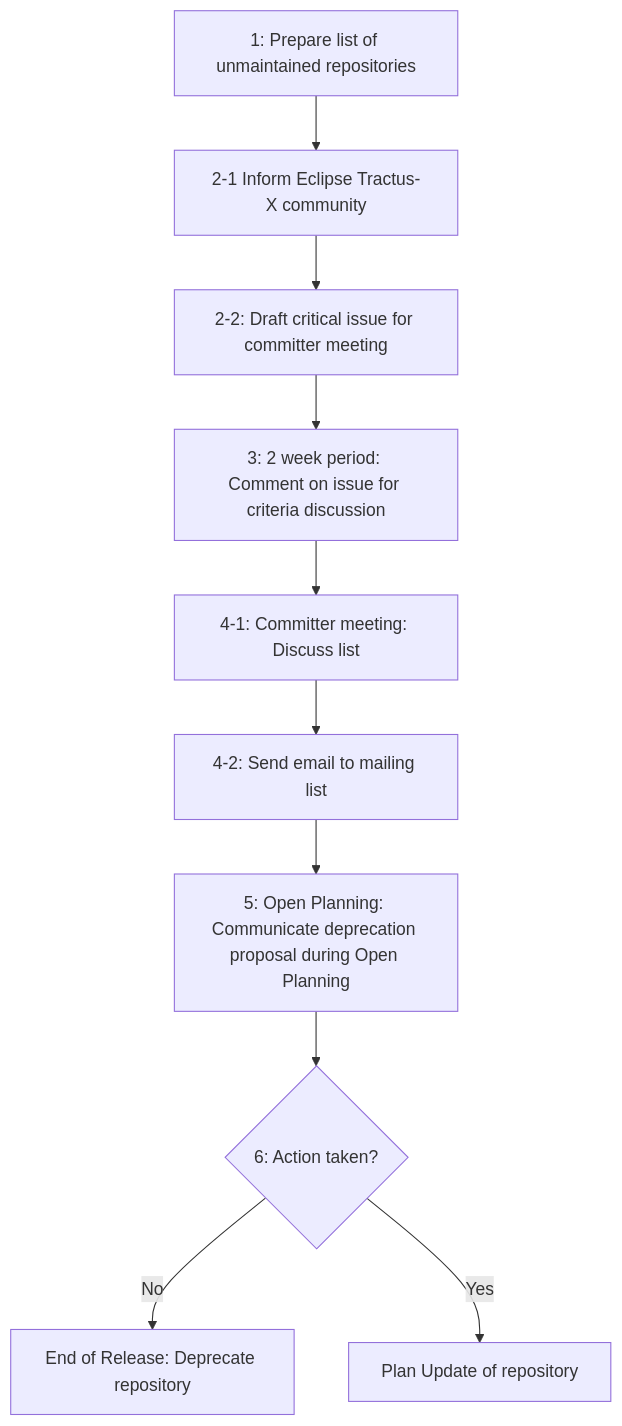
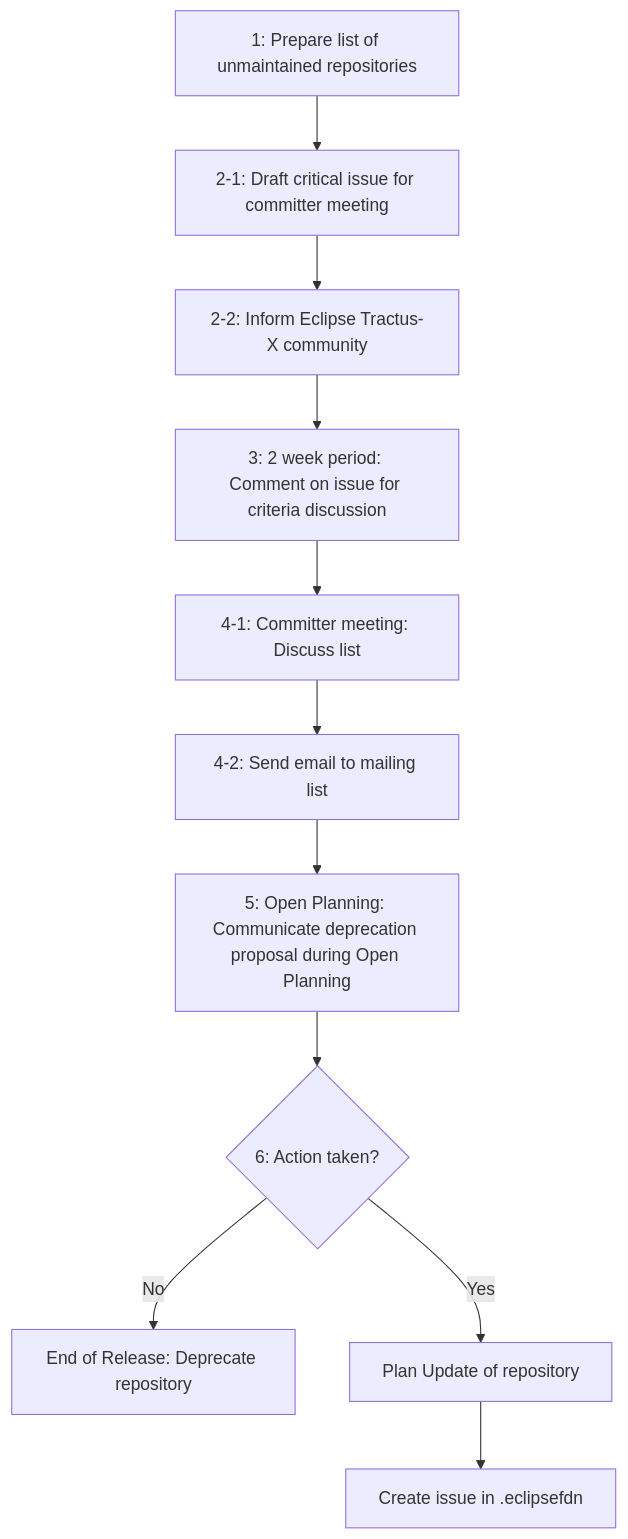
One commit to eclipse-tractusx/eclipse-tractusx.github.io changed the first of 2 diagrams in docs/release/trg-7/trg-7-09.md. Above: the diagram before and after it, drawn with Mermaid. The commit also changed other lines of this file, not shown here.

````diff
--- a/docs/release/trg-7/trg-7-09.md
+++ b/docs/release/trg-7/trg-7-09.md
@@ -35,12 +35,13 @@
 ```mermaid
 graph TD
-    A[1: Prepare list of unmaintained repositories] --> B[2-1 Inform Eclipse Tractus-X community]
-    B --> C[2-2: Draft critical issue for committer meeting]
+    A[1: Prepare list of unmaintained repositories] --> B[2-1: Draft critical issue for committer meeting]
+    B --> C[2-2: Inform Eclipse Tractus-X community]
     C --> D[3: 2 week period: Comment on issue for criteria discussion]
     D --> E[4-1: Committer meeting: Discuss list]
     E --> F[4-2: Send email to mailing list]
     F --> G[5: Open Planning: Communicate deprecation proposal during Open Planning]
     G --> H{6: Action taken?}
     H -->|No| I[End of Release: Deprecate repository]
     H -->|Yes| J[Plan Update of repository]
+    J --> K[Create issue in .eclipsefdn]
 ```
````
